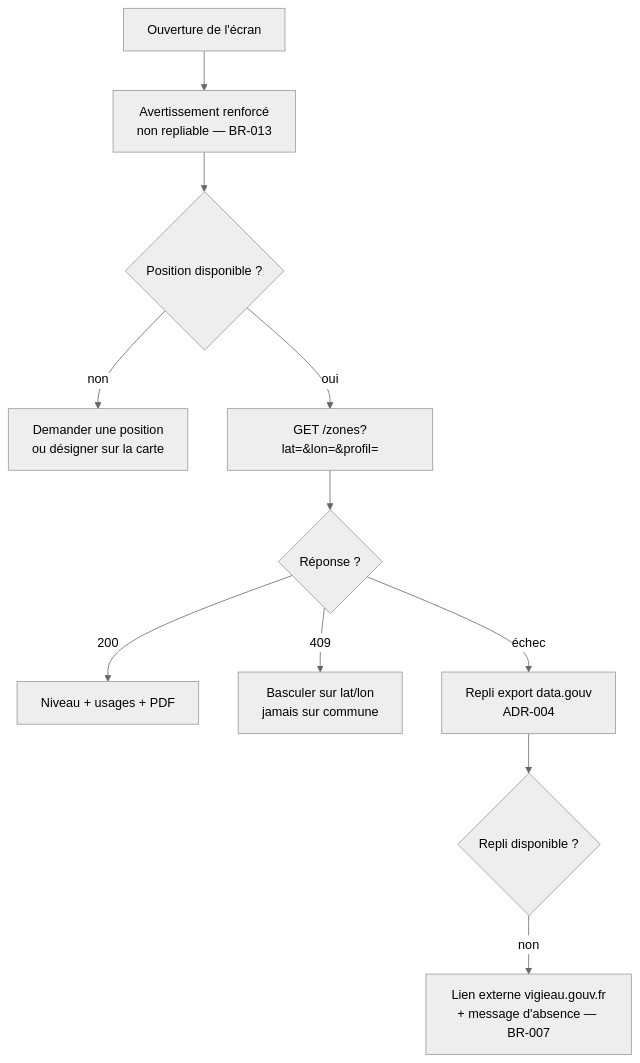
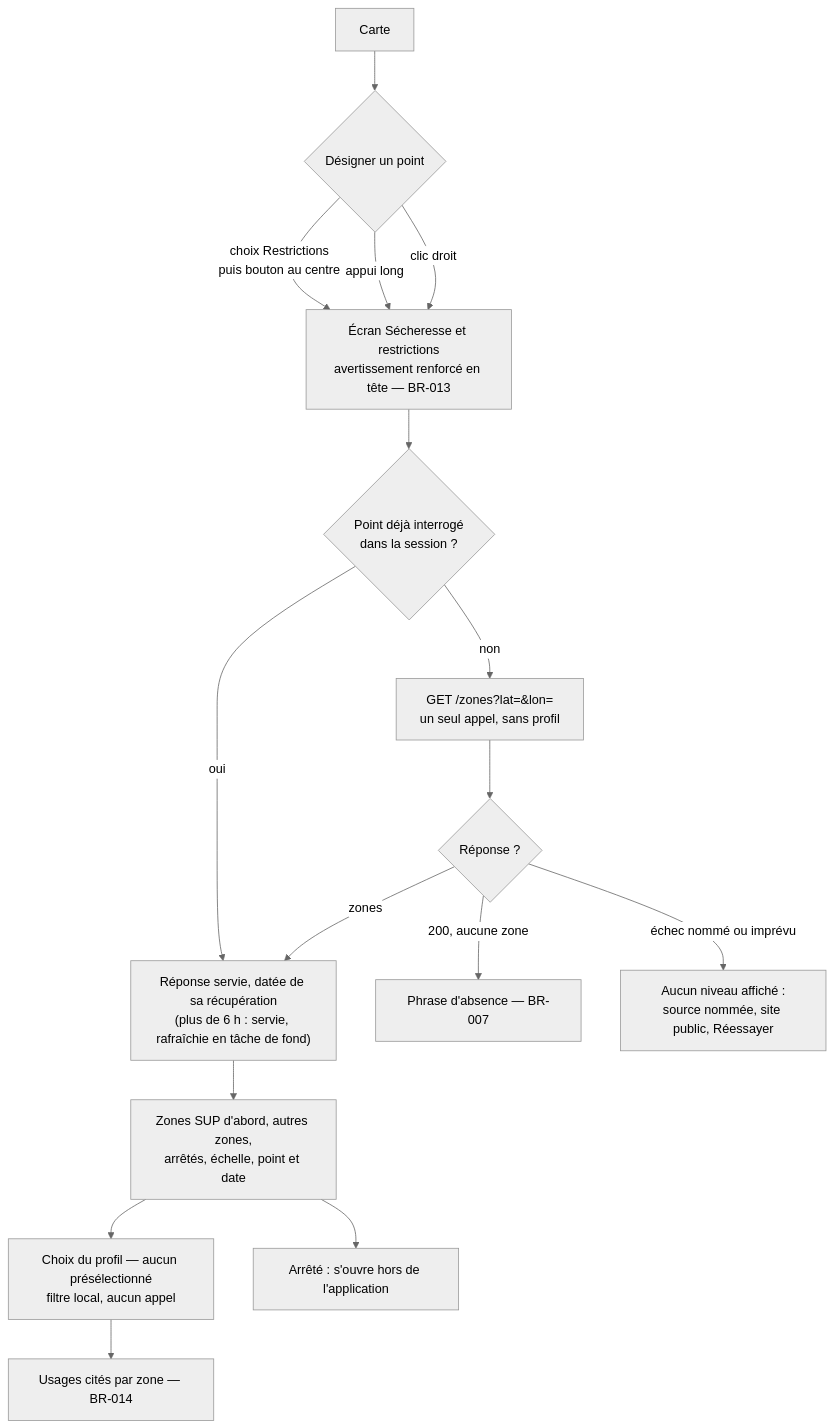
The diagram in docs/use-cases/UC-002-consulter-les-restrictions.md (HubEauContrib/MartinPecheur), drawn with Mermaid (neutral theme) before and after one commit. The commit also changed other lines of this file and 180 other files, not shown here.

First line of the commit message:
feat : T2, sécheresse et restrictions (VigiEau) — version 0.3.0 ouverte (#17)

````diff
--- a/docs/use-cases/UC-002-consulter-les-restrictions.md
+++ b/docs/use-cases/UC-002-consulter-les-restrictions.md
@@ -32,13 +42,18 @@
 ```mermaid
 flowchart TD
-    A[Ouverture de l'écran] --> W[Avertissement renforcé<br/>non repliable — BR-013]
-    W --> B{Position disponible ?}
-    B -- non --> C[Demander une position<br/>ou désigner sur la carte]
-    B -- oui --> D["GET /zones?lat=&lon=&profil="]
-    D --> E{Réponse ?}
-    E -- 200 --> F[Niveau + usages + PDF]
-    E -- 409 --> G[Basculer sur lat/lon<br/>jamais sur commune]
-    E -- échec --> H[Repli export data.gouv<br/>ADR-004]
-    H --> I{Repli disponible ?}
-    I -- non --> J[Lien externe vigieau.gouv.fr<br/>+ message d'absence — BR-007]
+    C[Carte] --> D{Désigner un point}
+    D -- "choix Restrictions<br/>puis bouton au centre" --> O
+    D -- appui long --> O
+    D -- clic droit --> O
+    O["Écran Sécheresse et restrictions<br/>avertissement renforcé en tête — BR-013"] --> K{Point déjà interrogé<br/>dans la session ?}
+    K -- oui --> R["Réponse servie, datée de sa récupération<br/>(plus de 6 h : servie, rafraîchie en tâche de fond)"]
+    K -- non --> Q["GET /zones?lat=&lon=<br/>un seul appel, sans profil"]
+    Q --> E{Réponse ?}
+    E -- zones --> R
+    E -- "200, aucune zone" --> N["Phrase d'absence — BR-007"]
+    E -- "échec nommé ou imprévu" --> X["Aucun niveau affiché :<br/>source nommée, site public, Réessayer"]
+    R --> F["Zones SUP d'abord, autres zones,<br/>arrêtés, échelle, point et date"]
+    F --> P["Choix du profil — aucun présélectionné<br/>filtre local, aucun appel"]
+    P --> U["Usages cités par zone — BR-014"]
+    F --> A["Arrêté : s'ouvre hors de l'application"]
 ```
````
